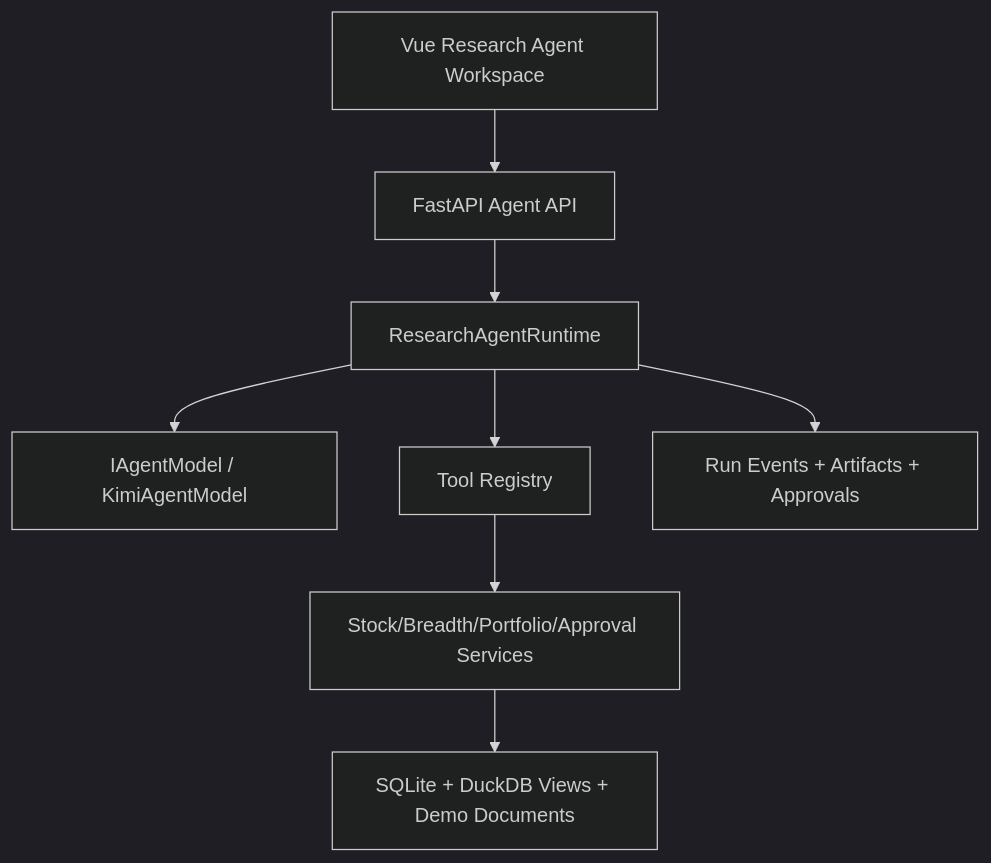
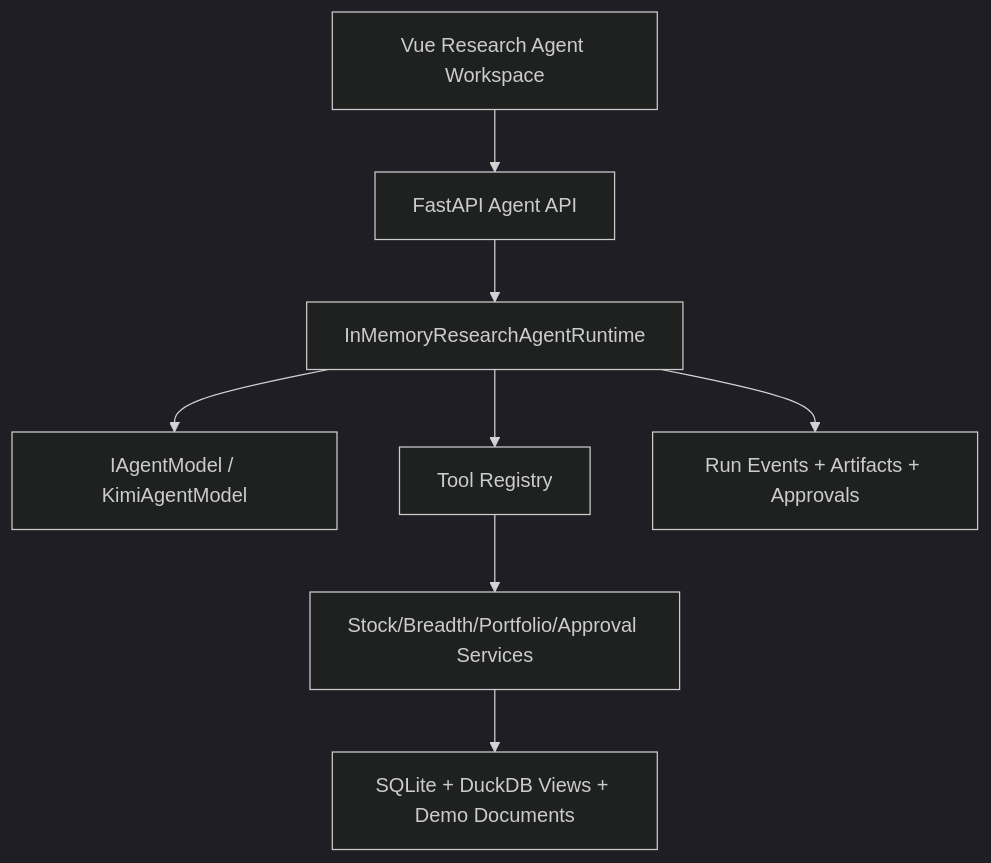
One commit to wsman/MY-DOGE-MICRO changed the diagram in docs/demo/architecture_diagram.md. Above: the diagram before and after it, drawn with Mermaid (dark theme). The commit also changed 7 other files, not shown here.

Commit message:
refactor: remove deprecated research agent runtime

````diff
--- a/docs/demo/architecture_diagram.md
+++ b/docs/demo/architecture_diagram.md
@@ -3,10 +3,10 @@
 ```mermaid
 flowchart TD
   Vue[Vue Research Agent Workspace] --> API[FastAPI Agent API]
-  API --> Runtime[ResearchAgentRuntime]
+  API --> Runtime[InMemoryResearchAgentRuntime]
   Runtime --> Model[IAgentModel / KimiAgentModel]
   Runtime --> Tools[Tool Registry]
   Tools --> Services[Stock/Breadth/Portfolio/Approval Services]
   Services --> Data[SQLite + DuckDB Views + Demo Documents]
   Runtime --> Trace[Run Events + Artifacts + Approvals]
 ```
````
